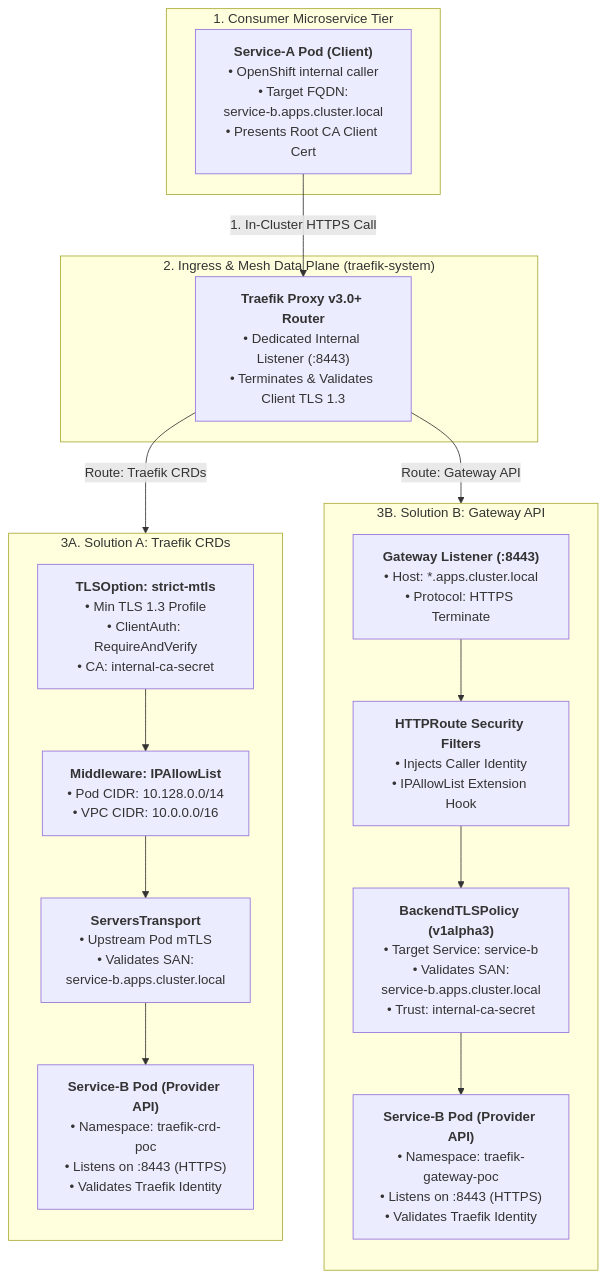
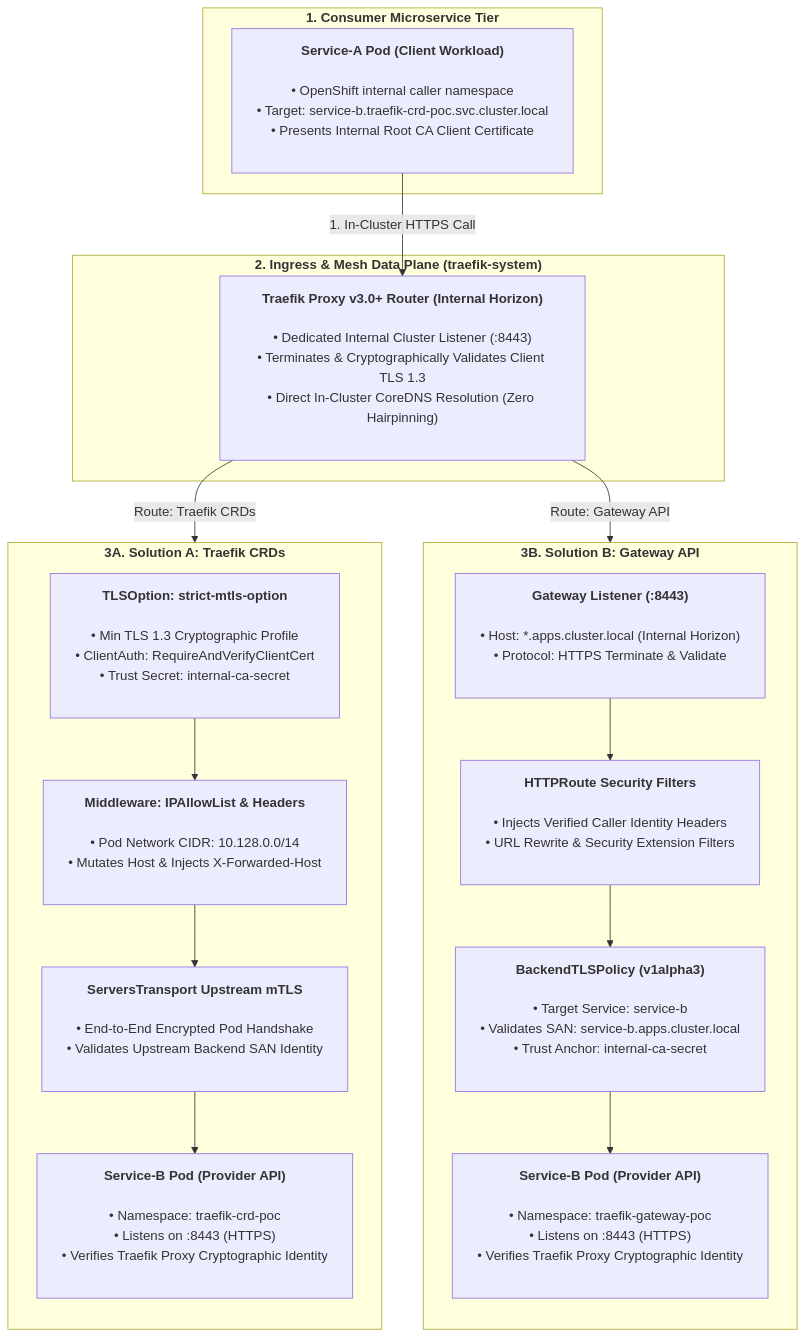
Before and after one commit to nubenetes/traefik-fqdn-management-poc-openshift-aws: the second of 3 diagrams in README.md, drawn with Mermaid. The commit also changed other lines of this file, not shown here.

Commit message:
docs(readme): expand box dimensions, wrapping width, and padding in all Mermaid diagrams

````diff
--- a/README.md
+++ b/README.md
@@ -173,32 +174,33 @@
 ```mermaid
+%%{init: {"flowchart": {"wrappingWidth": 380, "nodePadding": 24, "diagramPadding": 30}}}%%
 flowchart TD
-    subgraph Client_Tier ["1. Consumer Microservice Tier"]
-        ServiceA["<b>Service-A Pod (Client)</b><br/>• OpenShift internal caller<br/>• Target FQDN:<br/>service-b.apps.cluster.local<br/>• Presents Root CA Client Cert"]
+    subgraph Client_Tier ["<b>1. Consumer Microservice Tier</b>"]
+        ServiceA["<b>Service-A Pod (Client Workload)</b><br/><br/>• OpenShift internal caller namespace<br/>• Target: service-b.traefik-crd-poc.svc.cluster.local<br/>• Presents Internal Root CA Client Certificate<br/>&nbsp;"]
     end
 
-    subgraph Ingress_Tier ["2. Ingress & Mesh Data Plane (traefik-system)"]
-        TraefikInternal["<b>Traefik Proxy v3.0+ Router</b><br/>• Dedicated Internal Listener (:8443)<br/>• Terminates & Validates Client TLS 1.3"]
+    subgraph Ingress_Tier ["<b>2. Ingress & Mesh Data Plane (traefik-system)</b>"]
+        TraefikInternal["<b>Traefik Proxy v3.0+ Router (Internal Horizon)</b><br/><br/>• Dedicated Internal Cluster Listener (:8443)<br/>• Terminates & Cryptographically Validates Client TLS 1.3<br/>• Direct In-Cluster CoreDNS Resolution (Zero Hairpinning)<br/>&nbsp;"]
     end
 
-    subgraph SolA ["3A. Solution A: Traefik CRDs"]
+    subgraph SolA ["<b>3A. Solution A: Traefik CRDs</b>"]
         direction TB
-        TLSOption["<b>TLSOption: strict-mtls</b><br/>• Min TLS 1.3 Profile<br/>• ClientAuth: RequireAndVerify<br/>• CA: internal-ca-secret"]
-        MW_IP["<b>Middleware: IPAllowList</b><br/>• Pod CIDR: 10.128.0.0/14<br/>• VPC CIDR: 10.0.0.0/16"]
-        ST["<b>ServersTransport</b><br/>• Upstream Pod mTLS<br/>• Validates SAN:<br/>service-b.apps.cluster.local"]
-        ServiceB_A["<b>Service-B Pod (Provider API)</b><br/>• Namespace: traefik-crd-poc<br/>• Listens on :8443 (HTTPS)<br/>• Validates Traefik Identity"]
+        TLSOption["<b>TLSOption: strict-mtls-option</b><br/><br/>• Min TLS 1.3 Cryptographic Profile<br/>• ClientAuth: RequireAndVerifyClientCert<br/>• Trust Secret: internal-ca-secret<br/>&nbsp;"]
+        MW_IP["<b>Middleware: IPAllowList & Headers</b><br/><br/>• Pod Network CIDR: 10.128.0.0/14<br/>• Mutates Host & Injects X-Forwarded-Host<br/>&nbsp;"]
+        ST["<b>ServersTransport Upstream mTLS</b><br/><br/>• End-to-End Encrypted Pod Handshake<br/>• Validates Upstream Backend SAN Identity<br/>&nbsp;"]
+        ServiceB_A["<b>Service-B Pod (Provider API)</b><br/><br/>• Namespace: traefik-crd-poc<br/>• Listens on :8443 (HTTPS)<br/>• Verifies Traefik Proxy Cryptographic Identity<br/>&nbsp;"]
         TLSOption --> MW_IP --> ST --> ServiceB_A
     end
 
-    subgraph SolB ["3B. Solution B: Gateway API"]
+    subgraph SolB ["<b>3B. Solution B: Gateway API</b>"]
         direction TB
-        GW_Internal["<b>Gateway Listener (:8443)</b><br/>• Host: *.apps.cluster.local<br/>• Protocol: HTTPS Terminate"]
-        HR_Filter["<b>HTTPRoute Security Filters</b><br/>• Injects Caller Identity<br/>• IPAllowList Extension Hook"]
-        BTLP["<b>BackendTLSPolicy (v1alpha3)</b><br/>• Target Service: service-b<br/>• Validates SAN:<br/>service-b.apps.cluster.local<br/>• Trust: internal-ca-secret"]
-        ServiceB_B["<b>Service-B Pod (Provider API)</b><br/>• Namespace: traefik-gateway-poc<br/>• Listens on :8443 (HTTPS)<br/>• Validates Traefik Identity"]
+        GW_Internal["<b>Gateway Listener (:8443)</b><br/><br/>• Host: *.apps.cluster.local (Internal Horizon)<br/>• Protocol: HTTPS Terminate & Validate<br/>&nbsp;"]
+        HR_Filter["<b>HTTPRoute Security Filters</b><br/><br/>• Injects Verified Caller Identity Headers<br/>• URL Rewrite & Security Extension Filters<br/>&nbsp;"]
+        BTLP["<b>BackendTLSPolicy (v1alpha3)</b><br/><br/>• Target Service: service-b<br/>• Validates SAN: service-b.apps.cluster.local<br/>• Trust Anchor: internal-ca-secret<br/>&nbsp;"]
+        ServiceB_B["<b>Service-B Pod (Provider API)</b><br/><br/>• Namespace: traefik-gateway-poc<br/>• Listens on :8443 (HTTPS)<br/>• Verifies Traefik Proxy Cryptographic Identity<br/>&nbsp;"]
         GW_Internal --> HR_Filter --> BTLP --> ServiceB_B
     end
 
     ServiceA -->|"1. In-Cluster HTTPS Call"| TraefikInternal
     TraefikInternal -->|"Route: Traefik CRDs"| SolA
     TraefikInternal -->|"Route: Gateway API"| SolB
 ```
````
